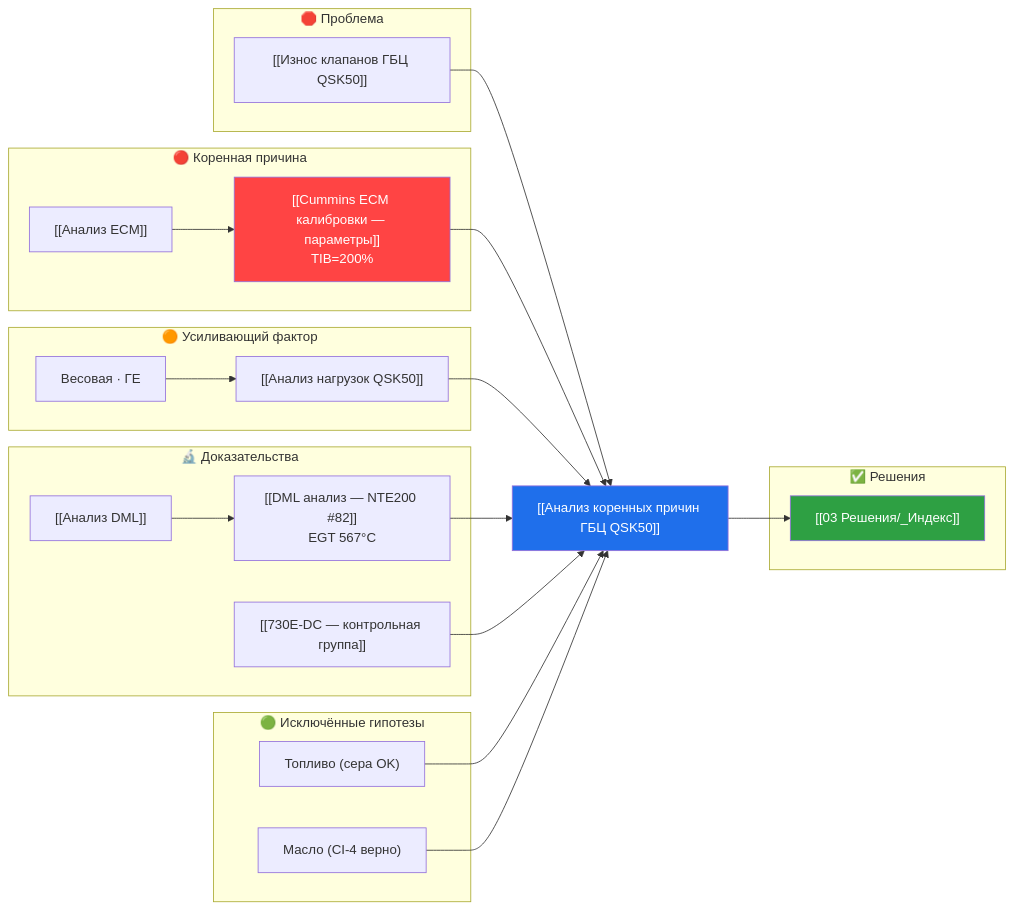
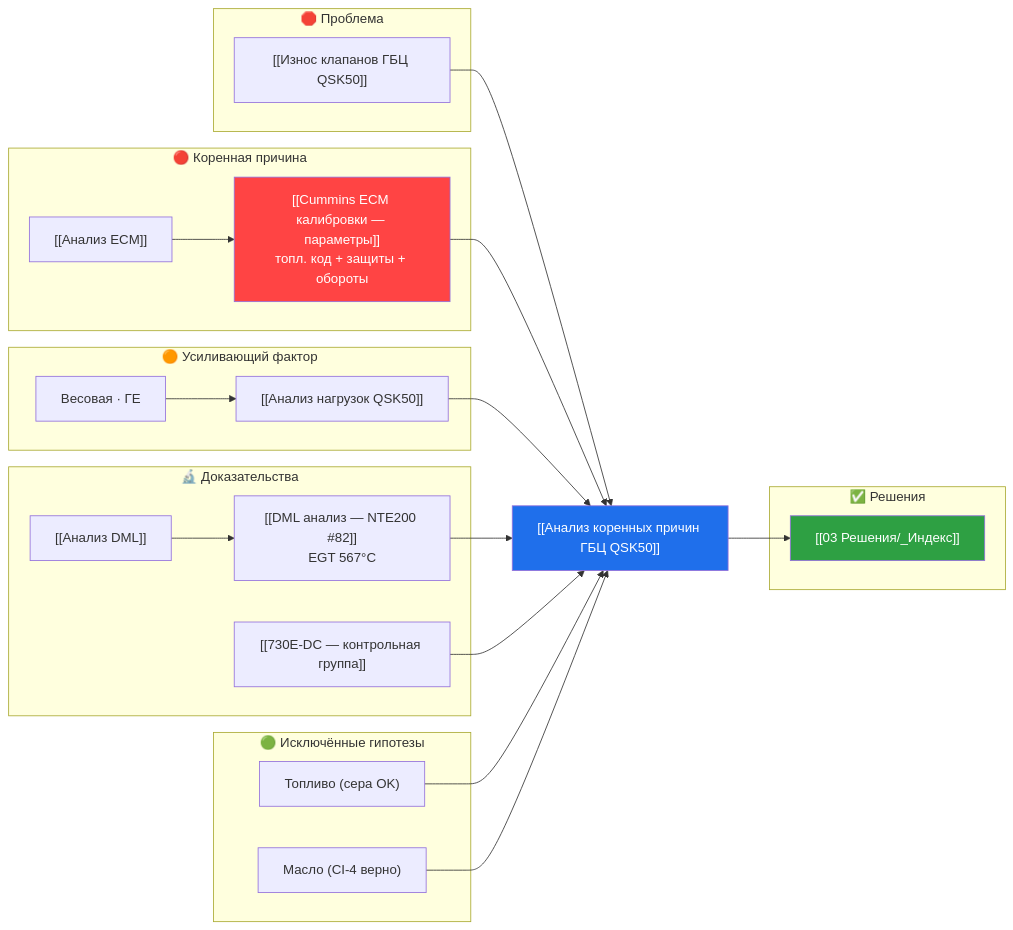
Before and after one commit to victorekuznetsov/NTE200: the second of 4 diagrams in 02 Диагностика/Думающая модель — карта расследования.md, drawn with Mermaid. The commit also changed other lines of this file and 22 other files, not shown here.

````diff
--- a/02 Диагностика/Думающая модель — карта расследования.md
+++ b/02 Диагностика/Думающая модель — карта расследования.md
@@ -80,49 +83,49 @@
 ```mermaid
 flowchart LR
     subgraph PROB["🛑 Проблема"]
         P1["[[Износ клапанов ГБЦ QSK50]]"]
     end
 
     subgraph CAUSE["🔴 Коренная причина"]
-        C1["[[Cummins ECM калибровки — параметры]]<br/>TIB=200%"]
+        C1["[[Cummins ECM калибровки — параметры]]<br/>топл. код + защиты + обороты"]
         C2["[[Анализ ECM]]"]
     end
 
     subgraph AMP["🟠 Усиливающий фактор"]
         L1["[[Анализ нагрузок QSK50]]"]
         L2["Весовая · ГЕ"]
     end
 
     subgraph EVID["🔬 Доказательства"]
         E1["[[DML анализ — NTE200 #82]]<br/>EGT 567°C"]
         E2["[[Анализ DML]]"]
         E3["[[730E-DC — контрольная группа]]"]
     end
 
     subgraph EXCL["🟢 Исключённые гипотезы"]
         X1["Топливо (сера OK)"]
         X2["Масло (CI-4 верно)"]
     end
 
     subgraph SOL["✅ Решения"]
         S1["[[03 Решения/_Индекс]]"]
     end
 
     RCA["[[Анализ коренных причин ГБЦ QSK50]]"]
 
     P1 --> RCA
     C1 --> RCA
     C2 --> C1
     L1 --> RCA
     L2 --> L1
     E1 --> RCA
     E2 --> E1
     E3 --> RCA
     X1 --> RCA
     X2 --> RCA
     RCA --> S1
 
     style C1 fill:#ff4444,color:#fff
     style RCA fill:#1f6feb,color:#fff
     style S1 fill:#2ea043,color:#fff
 ```
````
